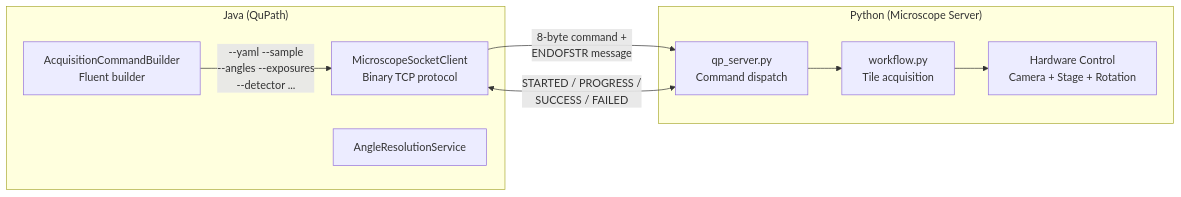
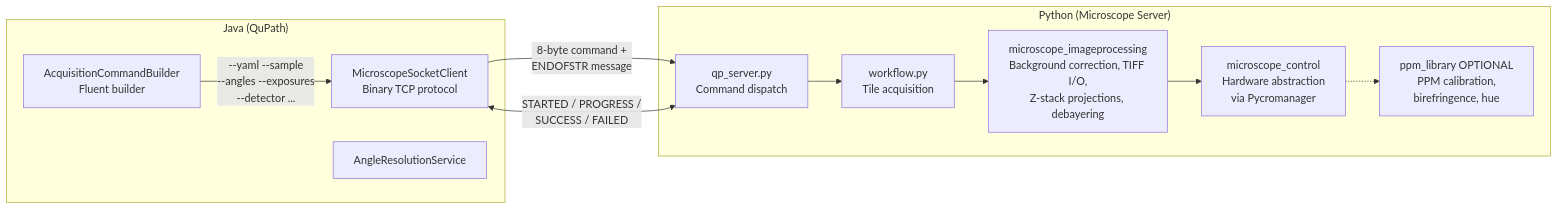
One commit to uw-loci/qupath-extension-qpsc changed the third of 7 diagrams in documentation/developer/ARCHITECTURE.md. Above: the diagram before and after it, drawn with Mermaid. The commit also changed 3 other files, not shown here.

````diff
--- a/documentation/developer/ARCHITECTURE.md
+++ b/documentation/developer/ARCHITECTURE.md
@@ -142,19 +142,22 @@
 ```mermaid
 graph LR
     subgraph "Java (QuPath)"
         ACB[AcquisitionCommandBuilder<br/>Fluent builder]
         MSC[MicroscopeSocketClient<br/>Binary TCP protocol]
         ARS[AngleResolutionService]
     end
 
     subgraph "Python (Microscope Server)"
         QPS[qp_server.py<br/>Command dispatch]
         WF[workflow.py<br/>Tile acquisition]
-        HC[Hardware Control<br/>Camera + Stage + Rotation]
+        MIP[microscope_imageprocessing<br/>Background correction, TIFF I/O,<br/>Z-stack projections, debayering]
+        HC[microscope_control<br/>Hardware abstraction<br/>via Pycromanager]
+        PPM[ppm_library OPTIONAL<br/>PPM calibration,<br/>birefringence, hue]
     end
 
     ACB -->|"--yaml --sample<br/>--angles --exposures<br/>--detector ..."| MSC
     MSC -->|"8-byte command +<br/>ENDOFSTR message"| QPS
-    QPS --> WF --> HC
+    QPS --> WF --> MIP --> HC
+    HC -.-> PPM
     MSC <-->|"STARTED / PROGRESS /<br/>SUCCESS / FAILED"| QPS
 ```
````
